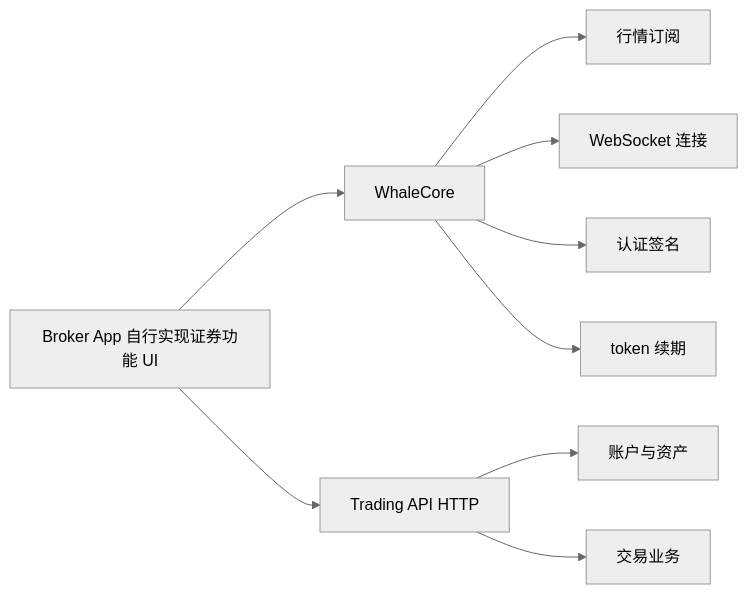
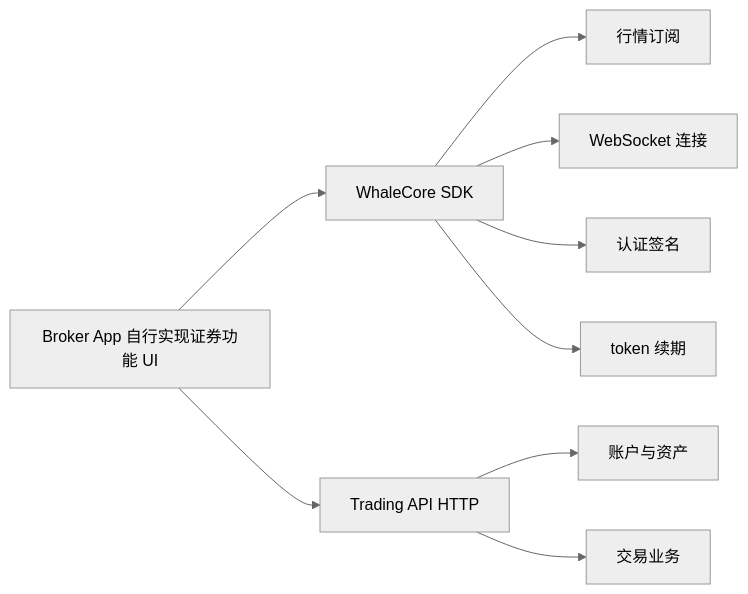
One commit to longbridge/whale-docs changed the diagram in cn/trading-api/introduction.mdx. Above: the diagram before and after it, drawn with Mermaid (neutral theme). The commit also changed other lines of this file and 50 other files, not shown here.

Commit message:
docs: define Whale SDK product hierarchy

````diff
--- a/cn/trading-api/introduction.mdx
+++ b/cn/trading-api/introduction.mdx
@@ -13,11 +13,11 @@
 ```mermaid
 flowchart LR
-    A[Broker App 自行实现证券功能 UI] --> B[WhaleCore]
+    A[Broker App 自行实现证券功能 UI] --> B[WhaleCore SDK]
     A --> C[Trading API HTTP]
     B --> D[行情订阅]
     B --> E[WebSocket 连接]
     B --> F[认证签名]
     B --> G[token 续期]
     C --> H[账户与资产]
     C --> I[交易业务]
 ```
````
